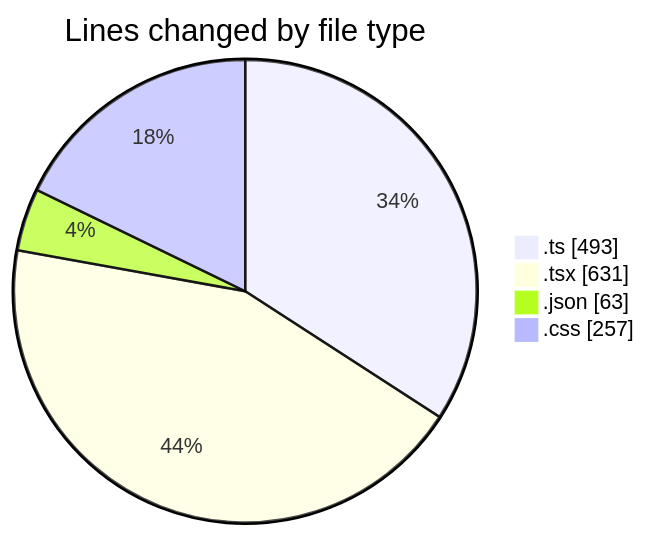
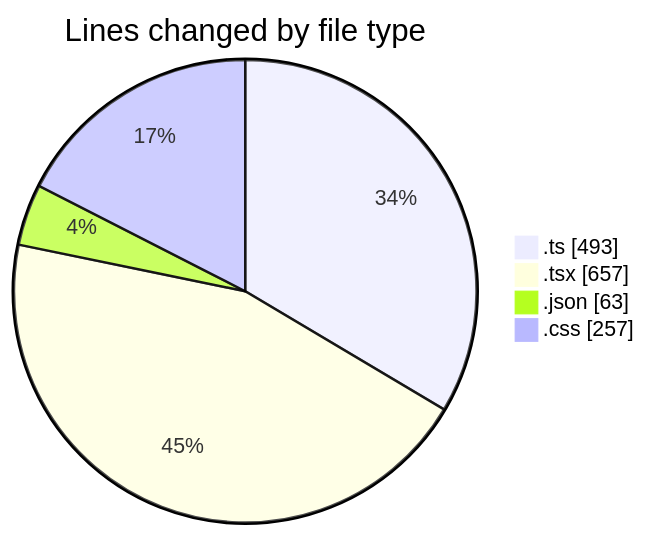
The first of 2 diagrams in 2025-11-24/eventscop-frontend-guide__workspace_/README.md (julien-gomy/code-tracking), drawn with Mermaid before and after one commit. The commit also changed other lines of this file and 1 other file, not shown here.

````diff
--- a/2025-11-24/eventscop-frontend-guide__workspace_/README.md
+++ b/2025-11-24/eventscop-frontend-guide__workspace_/README.md
@@ -38,8 +38,8 @@
 ```mermaid
 pie showData
 title Lines changed by file type
 ".ts" : 493
-".tsx" : 631
+".tsx" : 657
 ".json" : 63
 ".css" : 257
 ```
````
